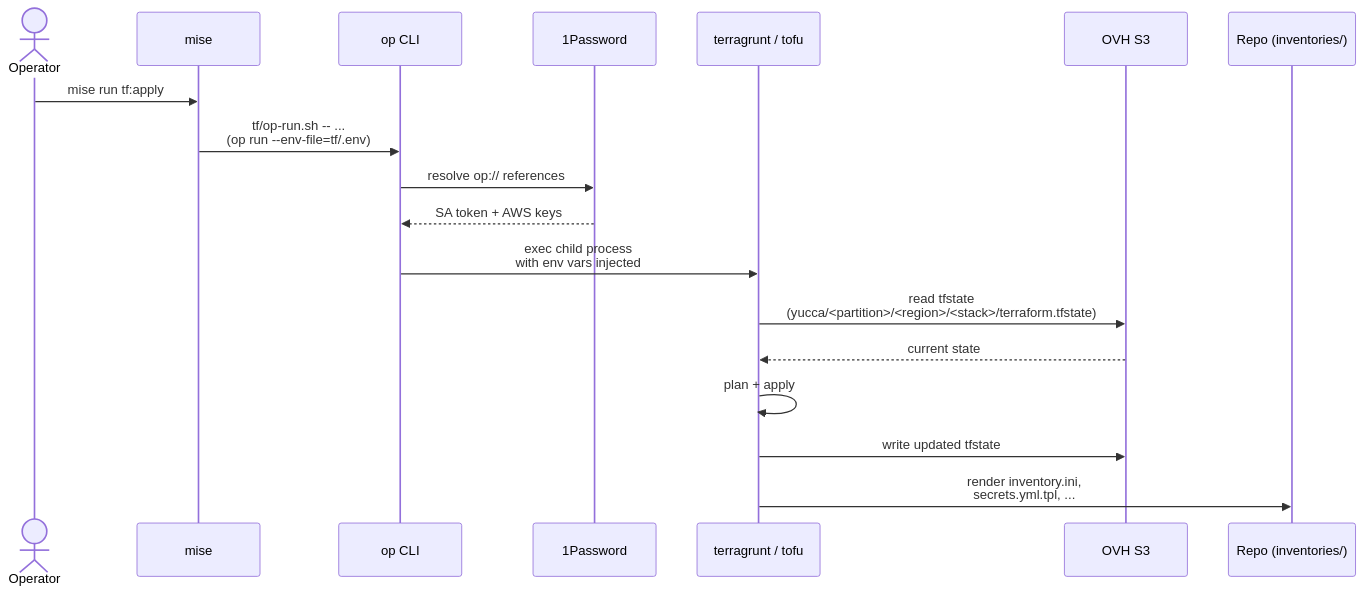
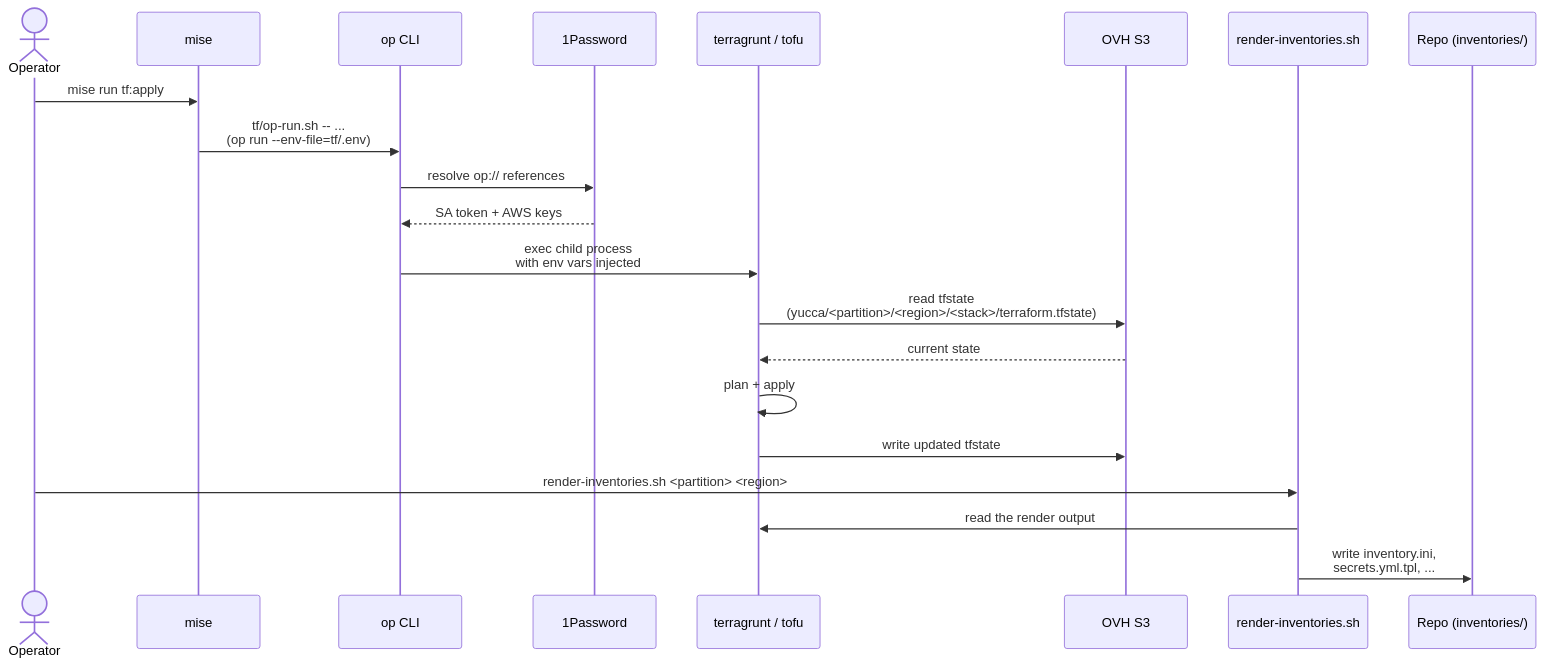
The sixth of 11 diagrams in ansible/ceph/docs/architecture.md (immich-app/yucca), drawn with Mermaid before and after one commit. The commit also changed other lines of this file and 4 other files, not shown here.

````diff
--- a/ansible/ceph/docs/architecture.md
+++ b/ansible/ceph/docs/architecture.md
@@ -567,21 +671,24 @@
 ```mermaid
 sequenceDiagram
     actor OP as Operator
     participant MISE as mise
     participant OPCLI as op CLI
     participant ONEP as 1Password
     participant TG as terragrunt / tofu
     participant S3 as OVH S3
+    participant REND as render-inventories.sh
     participant REPO as Repo (inventories/)
 
     OP->>MISE: mise run tf:apply
     MISE->>OPCLI: tf/op-run.sh -- ...<br/>(op run --env-file=tf/.env)
     OPCLI->>ONEP: resolve op:// references
     ONEP-->>OPCLI: SA token + AWS keys
     OPCLI->>TG: exec child process<br/>with env vars injected
     TG->>S3: read tfstate<br/>(yucca/<partition>/<region>/<stack>/terraform.tfstate)
     S3-->>TG: current state
     TG->>TG: plan + apply
     TG->>S3: write updated tfstate
-    TG->>REPO: render inventory.ini,<br/>secrets.yml.tpl, ...
+    OP->>REND: render-inventories.sh <partition> <region>
+    REND->>TG: read the render output
+    REND->>REPO: write inventory.ini,<br/>secrets.yml.tpl, ...
 ```
````
